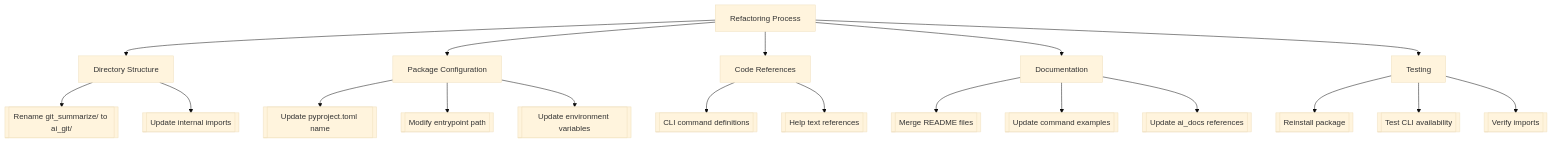
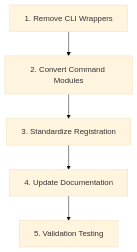
Before and after one commit to marcbln/ai-git-summarize: the diagram in ai_docs/done/refactor_plan.md, drawn with Mermaid (base theme). The commit also changed other lines of this file and 2 other files, not shown here.

````diff
--- a/ai_docs/done/refactor_plan.md
+++ b/ai_docs/done/refactor_plan.md
@@ -7,26 +14,7 @@
 ```mermaid
 graph TD
-    A[Refactoring Process] --> B[Directory Structure]
-    A --> C[Package Configuration]
-    A --> D[Code References]
-    A --> E[Documentation]
-    A --> F[Testing]
-    
-    B --> B1[[Rename git_summarize/ to ai_git/]]
-    B --> B2[[Update internal imports]]
-    
-    C --> C1[[Update pyproject.toml name]]
-    C --> C2[[Modify entrypoint path]]
-    C --> C3[[Update environment variables]]
-    
-    D --> D1[[CLI command definitions]]
-    D --> D2[[Help text references]]
-    
-    E --> E1[[Merge README files]]
-    E --> E2[[Update command examples]]
-    E --> E3[[Update ai_docs references]]
-    
-    F --> F1[[Reinstall package]]
-    F --> F2[[Test CLI availability]]
-    F --> F3[[Verify imports]]
+    A[1. Remove CLI Wrappers] --> B[2. Convert Command Modules]
+    B --> C[3. Standardize Registration]
+    C --> D[4. Update Documentation]
+    D --> E[5. Validation Testing]
 ```
````
